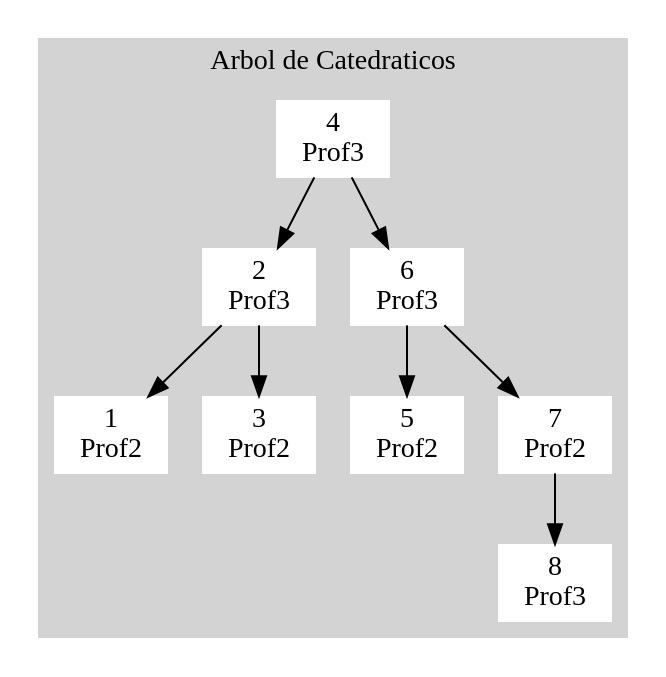
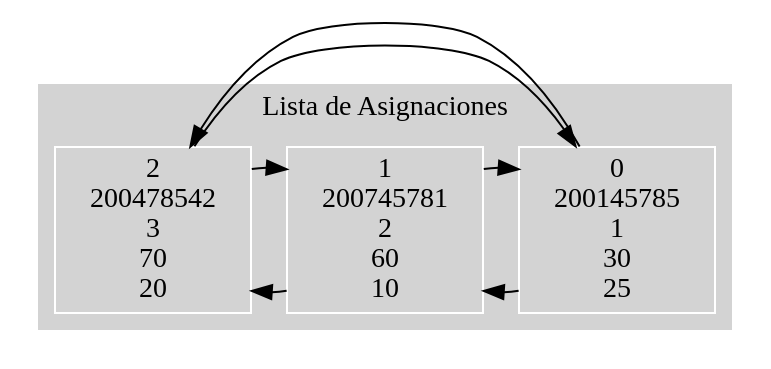
One commit to lexisbr/SistemaUniversidad changed the diagram in SistemaUniversidad/grafo.dot. Above: the diagram before and after it, drawn with Graphviz. The commit also changed 45 other files, not shown here.

```diff
--- a/SistemaUniversidad/grafo.dot
+++ b/SistemaUniversidad/grafo.dot
@@ -1,37 +1,65 @@
 digraph G{
+graph [compound=true];
+style=filled;
 subgraph cluster_0{
 style=filled;
 color=lightgrey;
-node[shape=rect,style=filled,color=white];
-" 1
-Prof2" ;
-" 2
-Prof3"->" 1
-Prof2";
-" 2
-Prof3"->" 3
-Prof2";
-" 3
-Prof2" ;
-" 4
-Prof3"->" 2
-Prof3";
-" 4
-Prof3"->" 6
-Prof3";
-" 5
-Prof2" ;
-" 6
-Prof3"->" 5
-Prof2";
-" 6
-Prof3"->" 7
-Prof2";
-" 7
-Prof2"->" 8
-Prof3";
-" 8
-Prof3" ;
-label="Arbol de Catedraticos";
-}
-}
+compound=true;
+node[shape=rect,height=.1,color=white];
+edge [arrowhead=normal,arrowtail=dot,color=black];
+"0
+200145785
+1
+30
+25"->"1
+200745781
+2
+60
+10" [constraint=false]; 
+"1
+200745781
+2
+60
+10"->"0
+200145785
+1
+30
+25" [constraint=false]; 
+"1
+200745781
+2
+60
+10"->"2
+200478542
+3
+70
+20" [constraint=false]; 
+"2
+200478542
+3
+70
+20"->"1
+200745781
+2
+60
+10" [constraint=false]; 
+"2
+200478542
+3
+70
+20"->"0
+200145785
+1
+30
+25" [constraint=false]; 
+"0
+200145785
+1
+30
+25"->"2
+200478542
+3
+70
+20" [constraint=false]; 
+label="Lista de Asignaciones";
+}}
```
